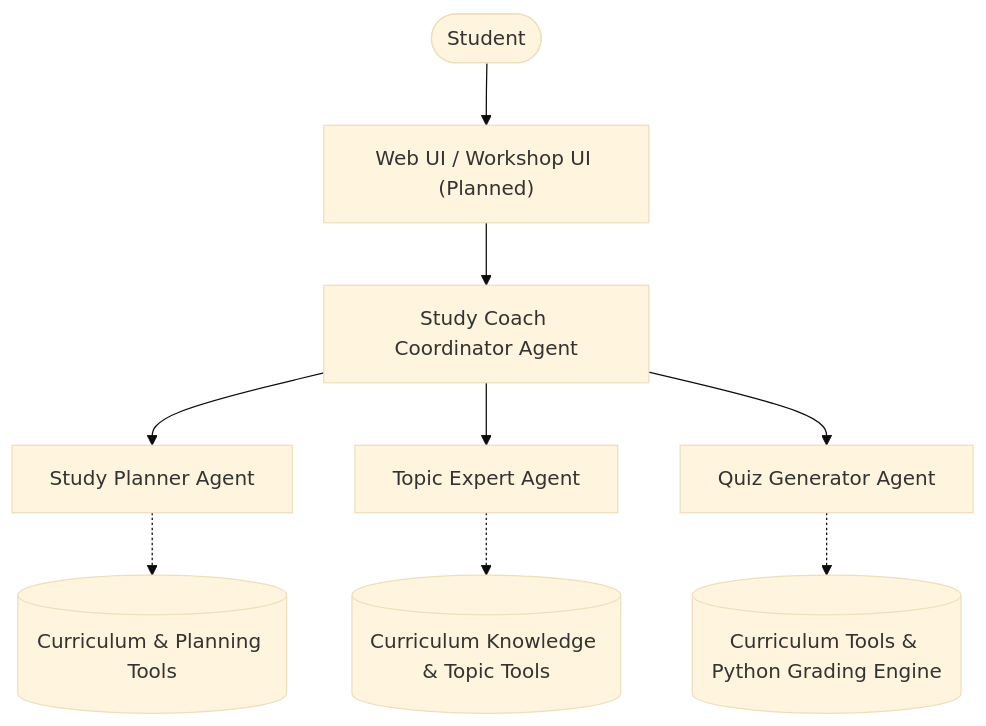
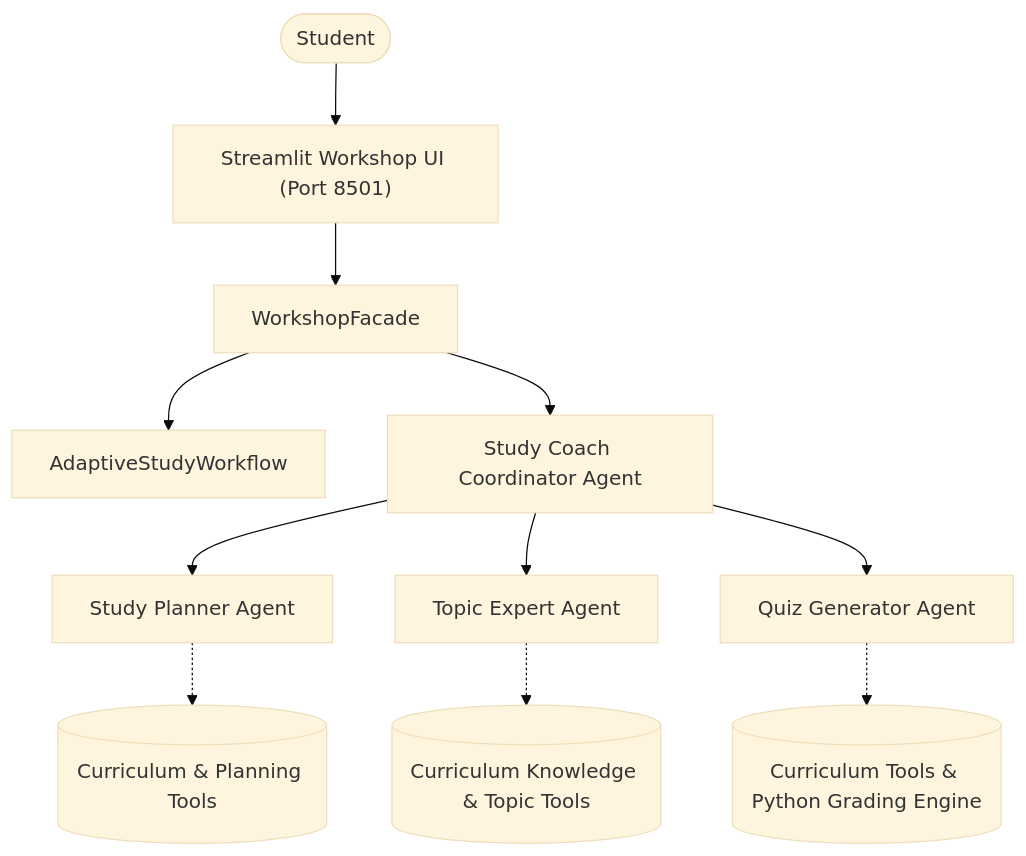
One commit to harshjangid1015/gemini-adk-study-coach-lab changed the diagram in docs/architecture.md. Above: the diagram before and after it, drawn with Mermaid (base theme). The commit also changed other lines of this file and 17 other files, not shown here.

Commit message:
feat(m6): add Streamlit workshop UI and Docker runtime

````diff
--- a/docs/architecture.md
+++ b/docs/architecture.md
@@ -3,13 +3,15 @@
 ```mermaid
 graph TD
-    User([Student]) --> UI["Web UI / Workshop UI (Planned)"]
-    UI --> Coordinator["Study Coach Coordinator Agent"]
+    User([Student]) --> UI["Streamlit Workshop UI (Port 8501)"]
+    UI --> Facade["WorkshopFacade"]
+    Facade --> Workflow["AdaptiveStudyWorkflow"]
+    Facade --> Coordinator["Study Coach Coordinator Agent"]
     
     Coordinator --> Planner["Study Planner Agent"]
     Coordinator --> Expert["Topic Expert Agent"]
     Coordinator --> Quiz["Quiz Generator Agent"]
     
     Planner -.-> Profile[("Curriculum & Planning Tools")]
     Expert -.-> Docs[("Curriculum Knowledge & Topic Tools")]
     Quiz -.-> QBank[("Curriculum Tools & Python Grading Engine")]
 ```
````
